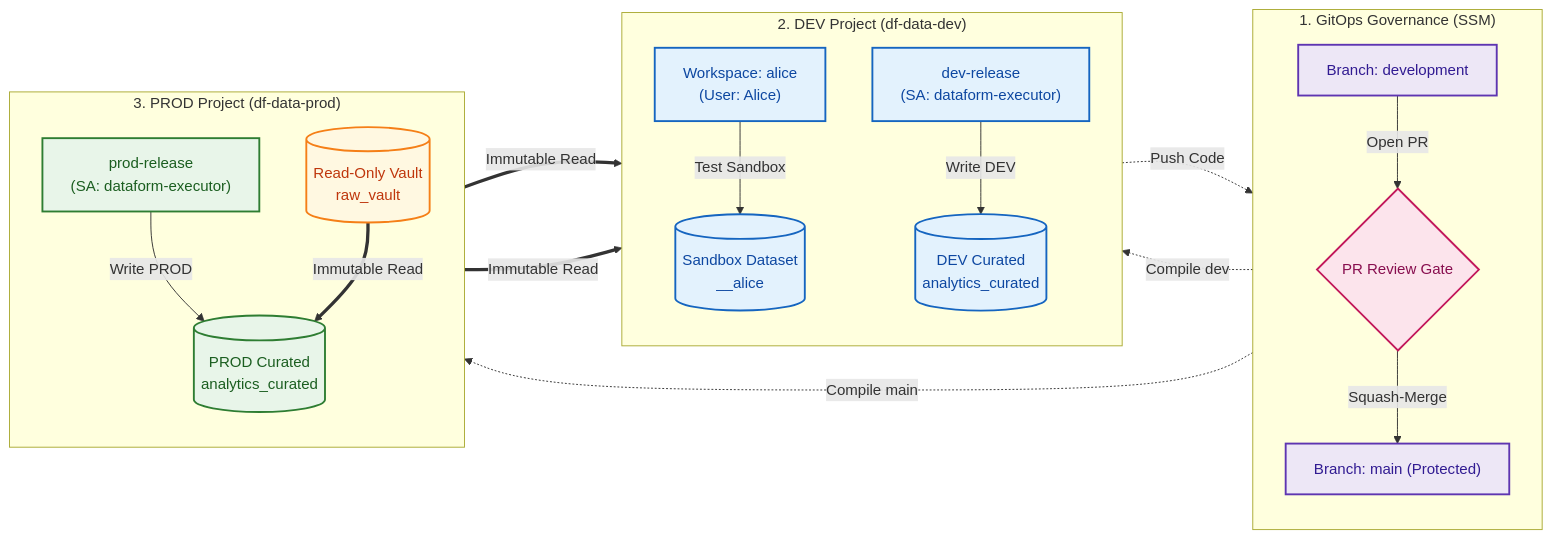
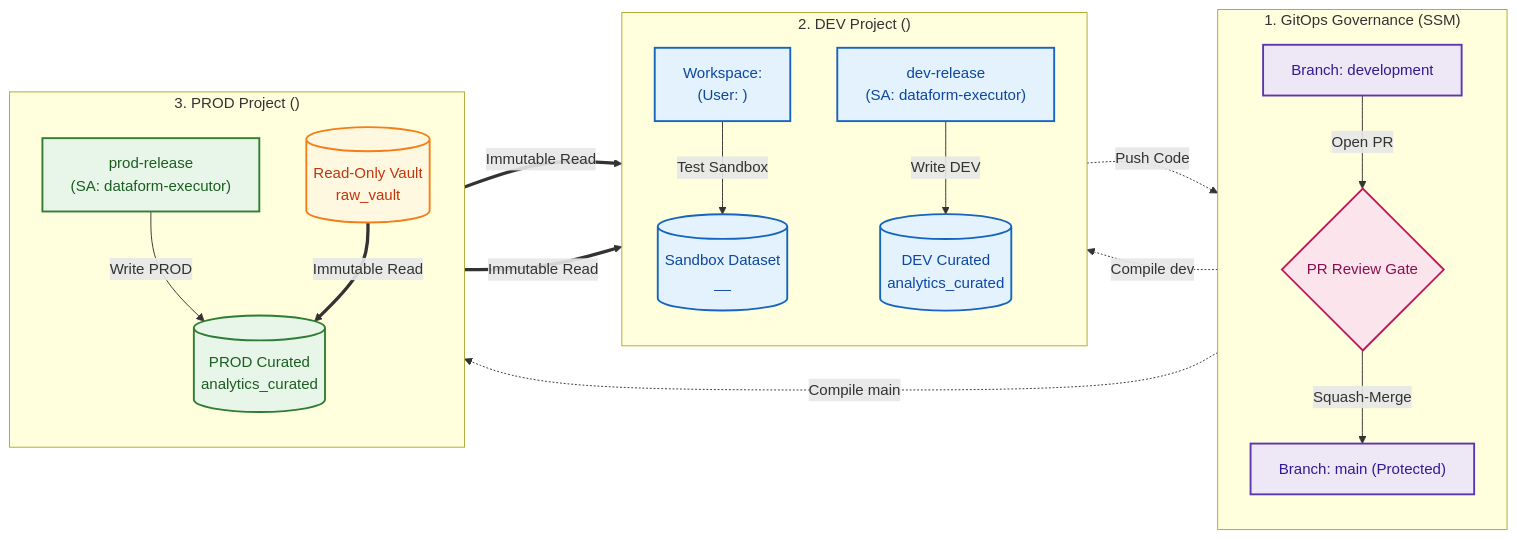
Before and after one commit to liatsabag/dataform-ssm-lifecycle-demo: the diagram in DEMO_GUIDE.md, drawn with Mermaid. The commit also changed other lines of this file and 1 other file, not shown here.

````diff
--- a/DEMO_GUIDE.md
+++ b/DEMO_GUIDE.md
@@ -9,46 +9,46 @@
 ```mermaid
 flowchart LR
     %% Style Definitions & Color Palette
     classDef gitStyle fill:#EDE7F6,stroke:#5E35B1,stroke-width:2px,color:#311B92;
     classDef devStyle fill:#E3F2FD,stroke:#1565C0,stroke-width:2px,color:#0D47A1;
     classDef prodStyle fill:#E8F5E9,stroke:#2E7D32,stroke-width:2px,color:#1B5E20;
     classDef vaultStyle fill:#FFF8E1,stroke:#F57F17,stroke-width:2px,color:#BF360C;
     classDef gateStyle fill:#FCE4EC,stroke:#C2185B,stroke-width:2px,color:#880E4F;
 
     subgraph SSM ["1. GitOps Governance (SSM)"]
         direction TB
         DEV_BR["Branch: development"]:::gitStyle
         PR{"PR Review Gate"}:::gateStyle
         MAIN_BR["Branch: main (Protected)"]:::gitStyle
         DEV_BR -->|Open PR| PR
         PR -->|Squash-Merge| MAIN_BR
     end
 
-    subgraph DEV_ENV ["2. DEV Project (df-data-dev)"]
+    subgraph DEV_ENV ["2. DEV Project (<dev_project_id>)"]
         direction TB
-        WS["Workspace: alice<br/>(User: Alice)"]:::devStyle
-        SANDBOX[("Sandbox Dataset<br/>__alice")]:::devStyle
+        WS["Workspace: <developer_workspace><br/>(User: <developer_email>)"]:::devStyle
+        SANDBOX[("Sandbox Dataset<br/>__<developer_workspace>")]:::devStyle
         DEV_EXEC["dev-release<br/>(SA: dataform-executor)"]:::devStyle
         DEV_TARGET[("DEV Curated<br/>analytics_curated")]:::devStyle
         
         WS -->|Test Sandbox| SANDBOX
         DEV_EXEC -->|Write DEV| DEV_TARGET
     end
 
-    subgraph PROD_ENV ["3. PROD Project (df-data-prod)"]
+    subgraph PROD_ENV ["3. PROD Project (<prod_project_id>)"]
         direction TB
         RAW_VAULT[("Read-Only Vault<br/>raw_vault")]:::vaultStyle
         PROD_EXEC["prod-release<br/>(SA: dataform-executor)"]:::prodStyle
         PROD_TARGET[("PROD Curated<br/>analytics_curated")]:::prodStyle
         
         PROD_EXEC -->|Write PROD| PROD_TARGET
     end
 
     %% Cross-Project Flows
     WS -.->|Push Code| DEV_BR
     DEV_BR -.->|Compile dev| DEV_EXEC
     MAIN_BR -.->|Compile main| PROD_EXEC
     RAW_VAULT ==>|Immutable Read| SANDBOX
     RAW_VAULT ==>|Immutable Read| DEV_TARGET
     RAW_VAULT ==>|Immutable Read| PROD_TARGET
 ```
````
